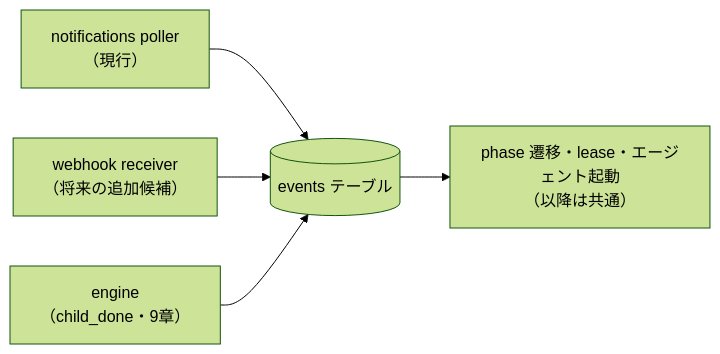
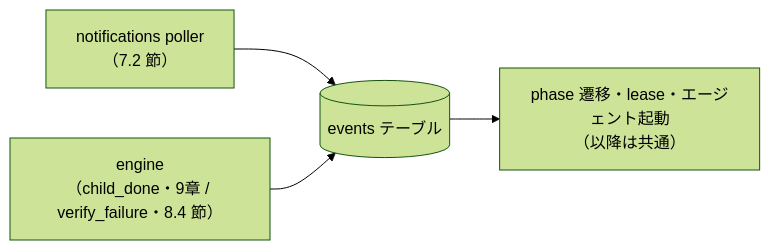
One commit to k-wa-wa/nuage-autopilot changed the fourth of 4 diagrams in DESIGN.md. Above: the diagram before and after it, drawn with Mermaid (forest theme). The commit also changed other lines of this file and 9 other files, not shown here.

````diff
--- a/DESIGN.md
+++ b/DESIGN.md
@@ -232,7 +242,6 @@
 ```mermaid
 flowchart LR
-  A["notifications poller<br/>（現行）"] --> EV
-  B["webhook receiver<br/>（将来の追加候補）"] --> EV
-  C["engine<br/>（child_done・9章）"] --> EV
+  A["notifications poller<br/>（7.2 節）"] --> EV
+  C["engine<br/>（child_done・9章 / verify_failure・8.4 節）"] --> EV
   EV[("events テーブル")] --> D["phase 遷移・lease・エージェント起動<br/>（以降は共通）"]
 ```
````
